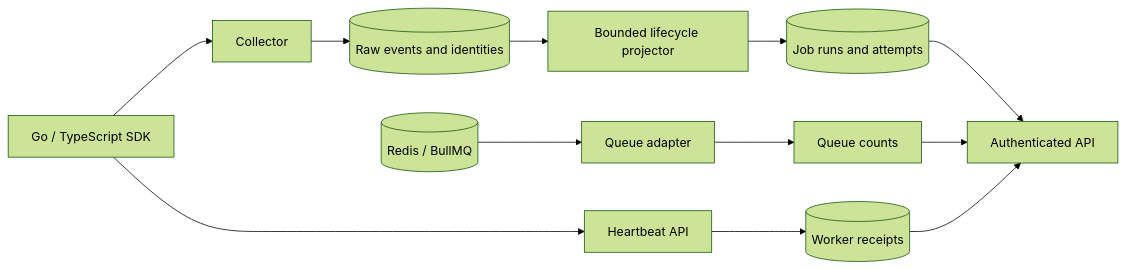
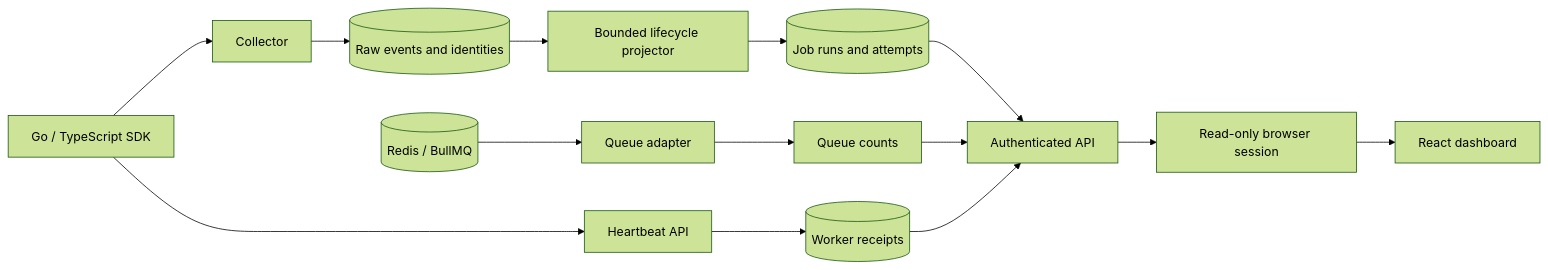
Before and after one commit to Shellghostt/QueueLens: the diagram in README.md, drawn with Mermaid (forest theme). The commit also changed other lines of this file and 69 other files, not shown here.

Commit message:
feat(m4): add bounded queries and read-only dashboard

````diff
--- a/README.md
+++ b/README.md
@@ -46,14 +49,16 @@
 ```mermaid
 flowchart LR
     SDK[Go / TypeScript SDK] --> COL[Collector]
     BULL[(Redis / BullMQ)] --> ADP[Queue adapter]
     ADP --> QV[Queue counts]
     COL --> PG[(Raw events and identities)]
     PG --> FOLD[Bounded lifecycle projector]
     FOLD --> RUN[(Job runs and attempts)]
     RUN --> API[Authenticated API]
     QV --> API
     SDK --> HB[Heartbeat API]
     HB --> WK[(Worker receipts)]
     WK --> API
+    API --> SESSION[Read-only browser session]
+    SESSION --> WEB[React dashboard]
 ```
````
